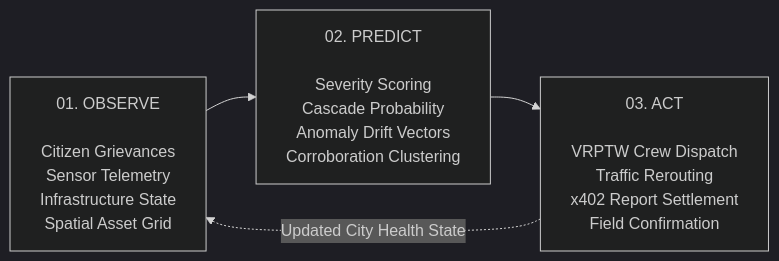
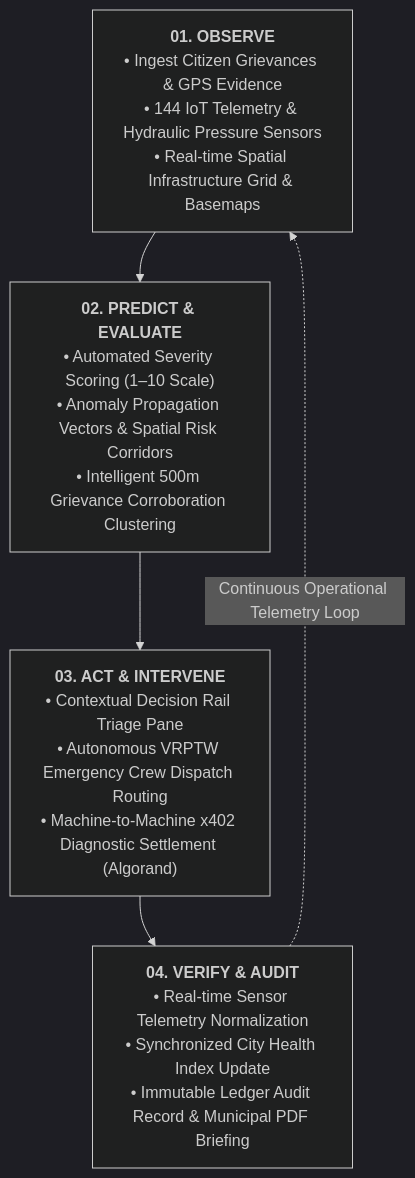
The second of 5 diagrams in README.md (SIDDHARTHXMEUR/CIVICTWIN), drawn with Mermaid (dark theme) before and after one commit. The commit also changed other lines of this file, not shown here.

Commit message:
docs: scale up Mermaid diagrams with vertical structured subgraphs for high-visibility GitHub rendering

````diff
--- a/README.md
+++ b/README.md
@@ -140,9 +143,12 @@
 ```mermaid
-flowchart LR 
-    O["01. OBSERVE<br/><br/>Citizen Grievances<br/>Sensor Telemetry<br/>Infrastructure State<br/>Spatial Asset Grid"] 
-    P["02. PREDICT<br/><br/>Severity Scoring<br/>Cascade Probability<br/>Anomaly Drift Vectors<br/>Corroboration Clustering"] 
-    A["03. ACT<br/><br/>VRPTW Crew Dispatch<br/>Traffic Rerouting<br/>x402 Report Settlement<br/>Field Confirmation"] 
+flowchart TD
+    O["<b>01. OBSERVE</b><br/>• Ingest Citizen Grievances & GPS Evidence<br/>• 144 IoT Telemetry & Hydraulic Pressure Sensors<br/>• Real-time Spatial Infrastructure Grid & Basemaps"]
+    P["<b>02. PREDICT & EVALUATE</b><br/>• Automated Severity Scoring (1–10 Scale)<br/>• Anomaly Propagation Vectors & Spatial Risk Corridors<br/>• Intelligent 500m Grievance Corroboration Clustering"]
+    A["<b>03. ACT & INTERVENE</b><br/>• Contextual Decision Rail Triage Pane<br/>• Autonomous VRPTW Emergency Crew Dispatch Routing<br/>• Machine-to-Machine x402 Diagnostic Settlement (Algorand)"]
+    V["<b>04. VERIFY & AUDIT</b><br/>• Real-time Sensor Telemetry Normalization<br/>• Synchronized City Health Index Update<br/>• Immutable Ledger Audit Record & Municipal PDF Briefing"]
 
-    O --> P --> A 
-    A -.->|Updated City Health State| O
+    O --> P
+    P --> A
+    A --> V
+    V -.->|Continuous Operational Telemetry Loop| O
 ```
````
